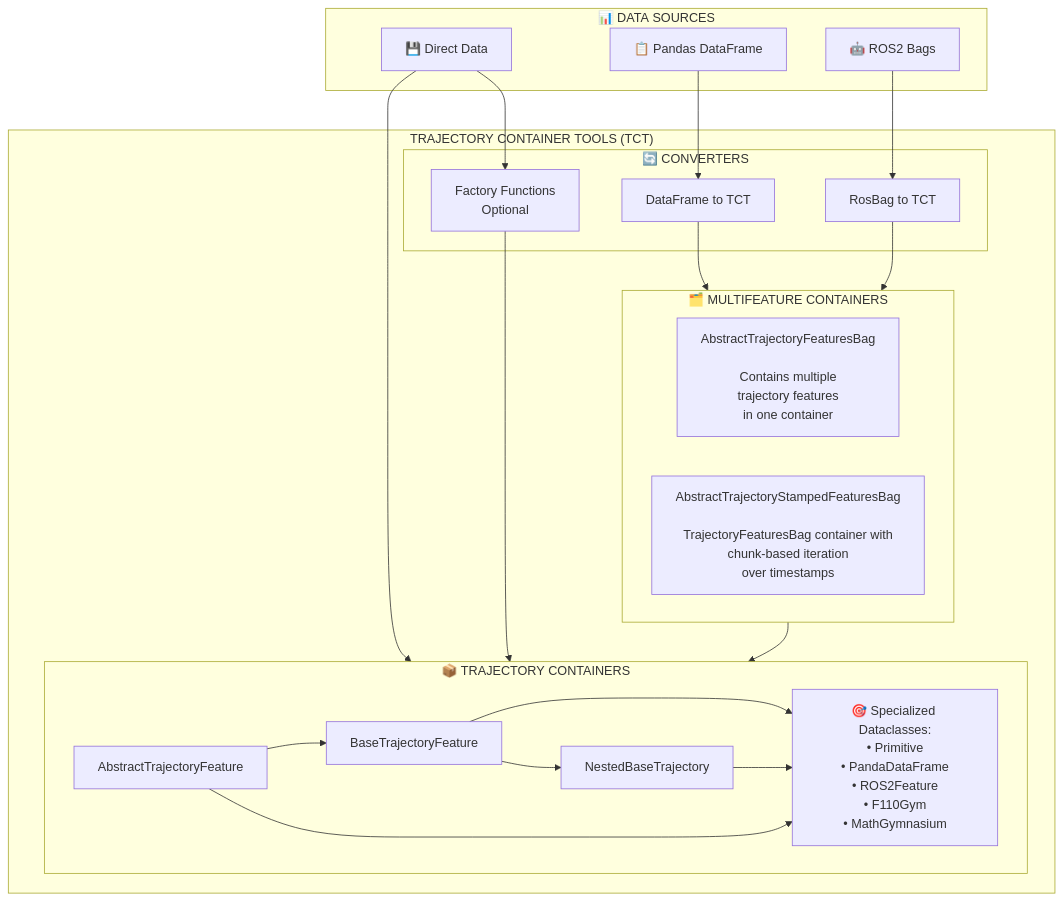
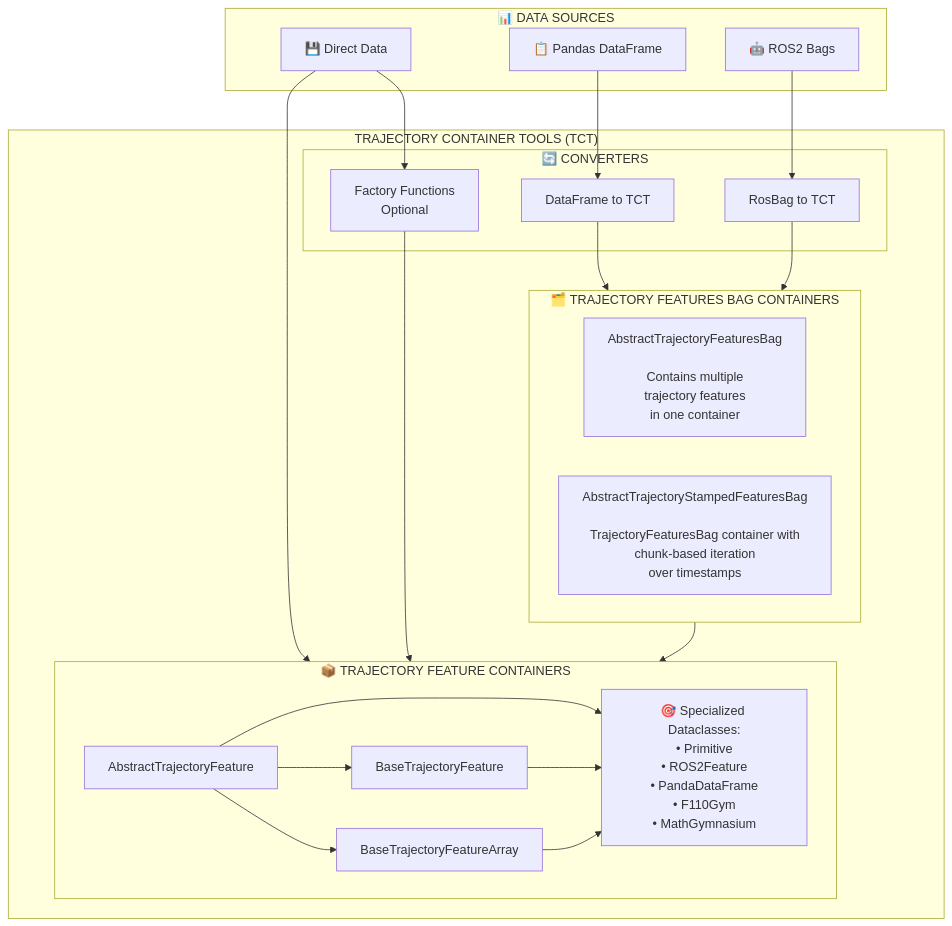
One commit to norlab-ulaval/trajectory-container-tools changed the diagram in documentation/README.md. Above: the diagram before and after it, drawn with Mermaid. The commit also changed other lines of this file and 42 other files, not shown here.

First line of the commit message:
refactor: deprecate NestedBaseTrajectory and NestedRosStampedFeature

````diff
--- a/documentation/README.md
+++ b/documentation/README.md
@@ -39,46 +39,46 @@
 ```mermaid
 graph TB
     subgraph DS["📊&nbsp;DATA&nbsp;SOURCES"]
         DF[📋 Pandas DataFrame]
         ROS[🤖 ROS2 Bags]
         DD[💾 Direct Data]
     end
     
     subgraph TCT["TRAJECTORY&nbsp;CONTAINER&nbsp;TOOLS&nbsp;(TCT)"]
         
         subgraph CONV["🔄&nbsp;CONVERTERS"]
             DFC[DataFrame to TCT]
             RC[RosBag to TCT]
             FF[Factory Functions<br/>Optional]
         end
         
-        subgraph MFC["🗂️&nbsp;MULTIFEATURE&nbsp;CONTAINERS"]
+        subgraph MFC["🗂️&nbsp;TRAJECTORY&nbsp;FEATURES&nbsp;BAG&nbsp;CONTAINERS"]
             AMC[AbstractTrajectoryFeaturesBag<br/><br/>Contains multiple<br/>trajectory features<br/>in one container]
             AMSC[AbstractTrajectoryStampedFeaturesBag<br/><br/>TrajectoryFeaturesBag container with<br/>chunk-based iteration<br/>over timestamps]
         end
         
-        subgraph TC["📦&nbsp;TRAJECTORY&nbsp;CONTAINERS"]
+        subgraph TC["📦&nbsp;TRAJECTORY&nbsp;FEATURE&nbsp;CONTAINERS"]
             ATC[AbstractTrajectoryFeature]
             BTC[BaseTrajectoryFeature]
-            NBTC[NestedBaseTrajectory]
-            SC[🎯 Specialized Dataclasses:<br/>• Primitive<br/>• PandaDataFrame<br/>• ROS2Feature<br/>• F110Gym<br/>• MathGymnasium<br/>]
+            BTCA[BaseTrajectoryFeatureArray]
+            SC[🎯 Specialized Dataclasses:<br/>• Primitive<br/>• ROS2Feature<br/>• PandaDataFrame<br/>• F110Gym<br/>• MathGymnasium<br/>]
         end
     end
     
     %% Data flow connections
     ROS --> RC
     DD --> FF
     DF --> DFC
         
     DFC --> MFC
     RC --> MFC
         
     DD --> TC
     FF --> TC
     MFC --> TC 
     
+    ATC --> SC
     ATC --> BTC --> SC
-    BTC --> NBTC --> SC 
-    ATC --> SC
+    ATC --> BTCA --> SC 
     
 ```
````
